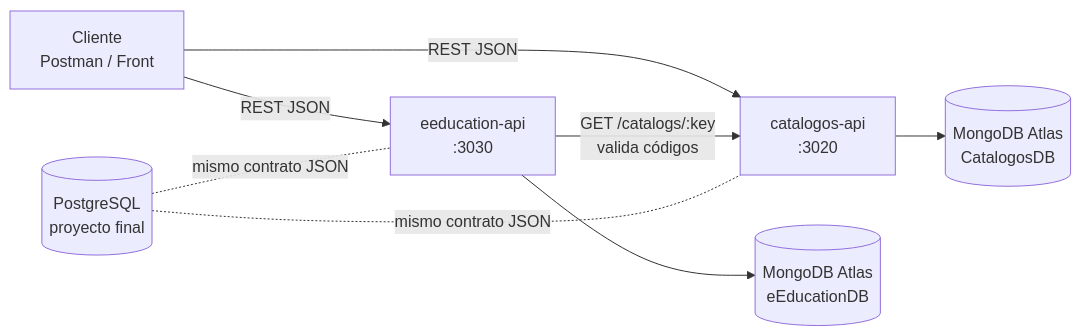
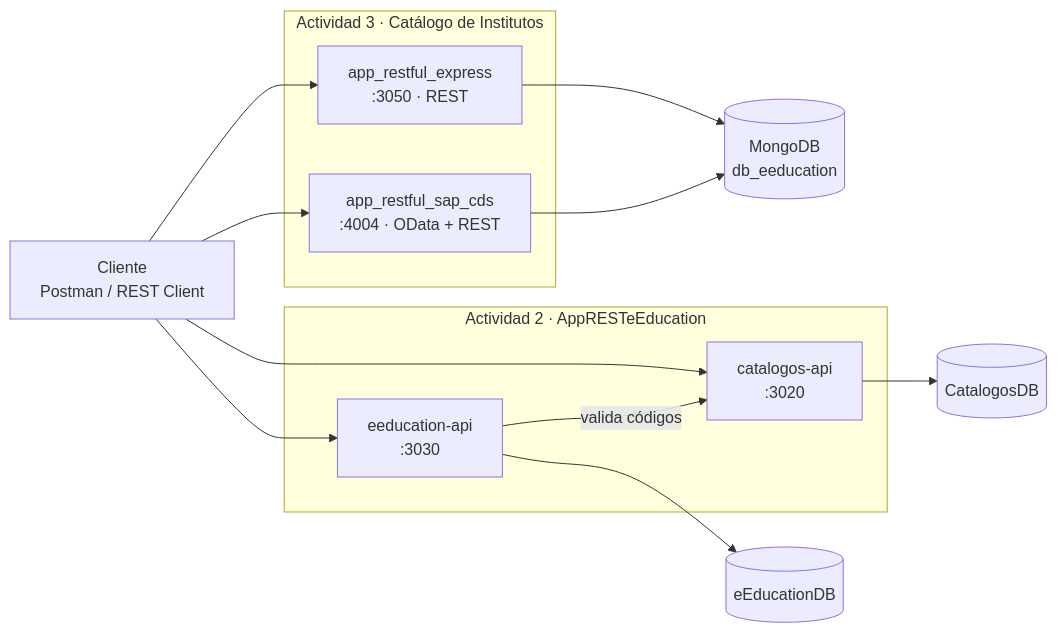
One commit to BetoCW/lab-servicios-web changed the diagram in README.md. Above: the diagram before and after it, drawn with Mermaid. The commit also changed other lines of this file, not shown here.

First line of the commit message:
docs: reorganiza el README por actividad y explica cómo bajar los cambios

````diff
--- a/README.md
+++ b/README.md
@@ -25,10 +70,20 @@
 ```mermaid
 flowchart LR
-    C[Cliente<br/>Postman / Front] -->|REST JSON| E[eeducation-api<br/>:3030]
-    C -->|REST JSON| K[catalogos-api<br/>:3020]
-    E -->|GET /catalogs/:key<br/>valida códigos| K
-    K --> M1[(MongoDB Atlas<br/>CatalogosDB)]
-    E --> M2[(MongoDB Atlas<br/>eEducationDB)]
-    P[(PostgreSQL<br/>proyecto final)] -.mismo contrato JSON.- K
-    P -.mismo contrato JSON.- E
+    subgraph A3["Actividad 3 · Catálogo de Institutos"]
+        X[app_restful_express<br/>:3050 · REST]
+        Y[app_restful_sap_cds<br/>:4004 · OData + REST]
+    end
+    subgraph A2["Actividad 2 · AppRESTeEducation"]
+        K[catalogos-api<br/>:3020]
+        E[eeducation-api<br/>:3030]
+    end
+    C[Cliente<br/>Postman / REST Client] --> X
+    C --> Y
+    C --> K
+    C --> E
+    E -->|valida códigos| K
+    X --> M[(MongoDB<br/>db_eeducation)]
+    Y --> M
+    K --> M1[(CatalogosDB)]
+    E --> M2[(eEducationDB)]
 ```
````
